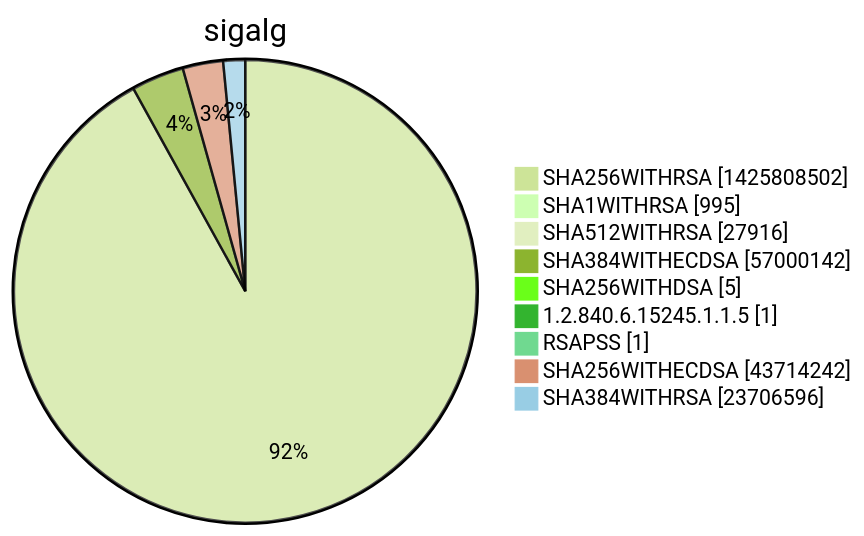
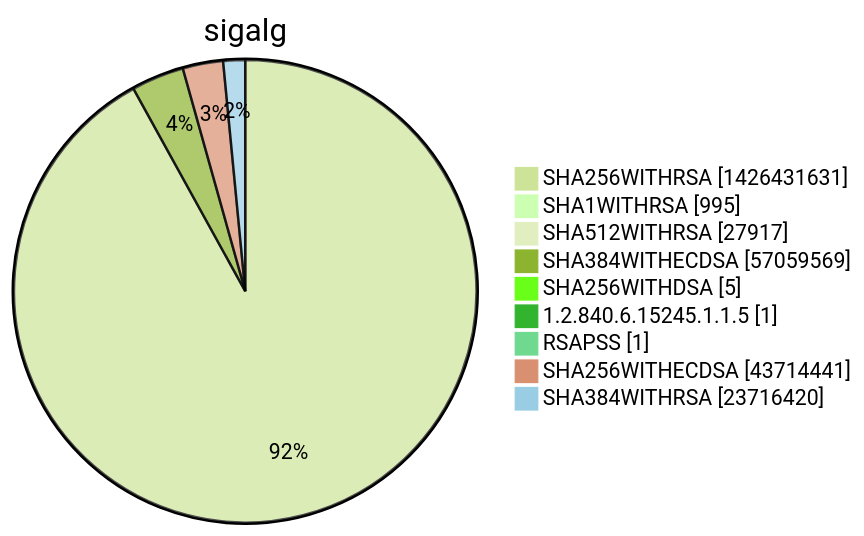
Before and after one commit to christiankrug/ctmonitor_visualization: diagram 15 of 15 in xenon2022/README.md, drawn with Mermaid (forest theme). The commit also changed other lines of this file, not shown here.

````diff
--- a/xenon2022/README.md
+++ b/xenon2022/README.md
@@ -5860,13 +5860,13 @@
 ```mermaid
 pie showData
 title sigalg
-"SHA256WITHRSA" :1425808502
+"SHA256WITHRSA" :1426431631
 "SHA1WITHRSA" :995
-"SHA512WITHRSA" :27916
-"SHA384WITHECDSA" :57000142
+"SHA512WITHRSA" :27917
+"SHA384WITHECDSA" :57059569
 "SHA256WITHDSA" :5
 "1.2.840.6.15245.1.1.5" :1
 "RSAPSS" :1
-"SHA256WITHECDSA" :43714242
-"SHA384WITHRSA" :23706596
+"SHA256WITHECDSA" :43714441
+"SHA384WITHRSA" :23716420
 ```
````
